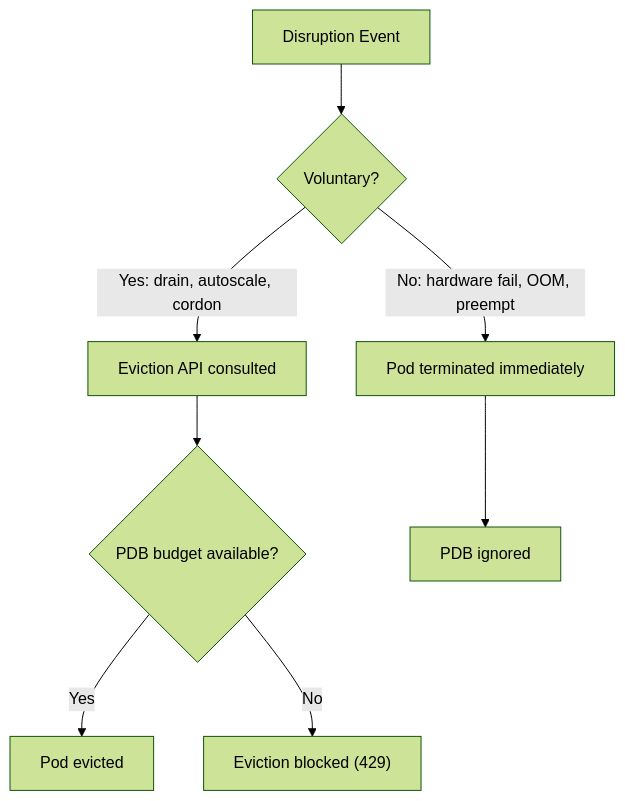
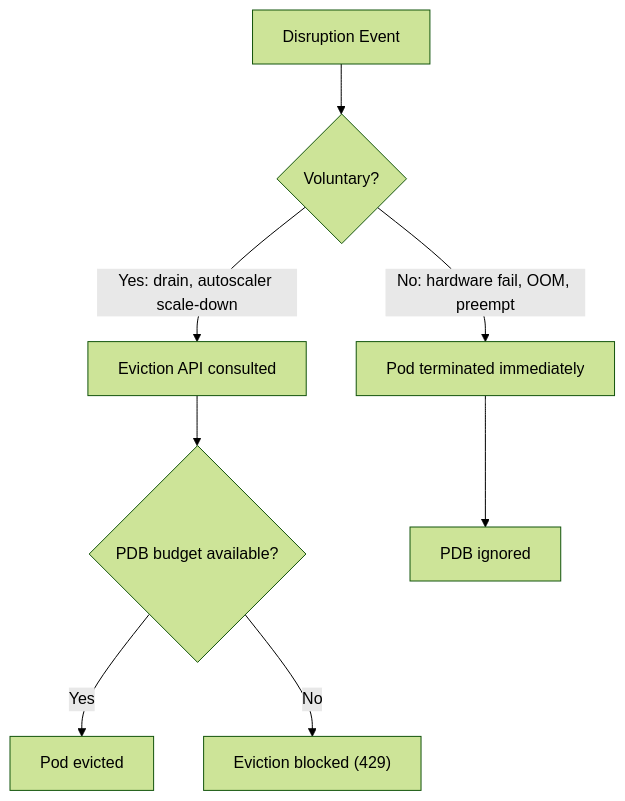
The first of 2 diagrams in content/post/kubernetes-pod-disruption-budgets.md (vabs/vabs.github.io), drawn with Mermaid (forest theme) before and after one commit. The commit also changed other lines of this file and 87 other files, not shown here.

First line of the commit message:
Fix: Readable mermaid diagrams and fact-check blog posts

```diff
--- a/content/post/kubernetes-pod-disruption-budgets.md
+++ b/content/post/kubernetes-pod-disruption-budgets.md
@@ -31,10 +31,10 @@
 {{< mermaid >}}
 graph TD
   A["Disruption Event"] --> B{"Voluntary?"}
-  B -->|"Yes: drain, autoscale, cordon"| C["Eviction API consulted"]
+  B -->|"Yes: drain, autoscaler scale-down"| C["Eviction API consulted"]
   C --> D{"PDB budget available?"}
   D -->|"Yes"| E["Pod evicted"]
   D -->|"No"| F["Eviction blocked (429)"]
   B -->|"No: hardware fail, OOM, preempt"| G["Pod terminated immediately"]
   G --> H["PDB ignored"]
 {{< /mermaid >}}
```
